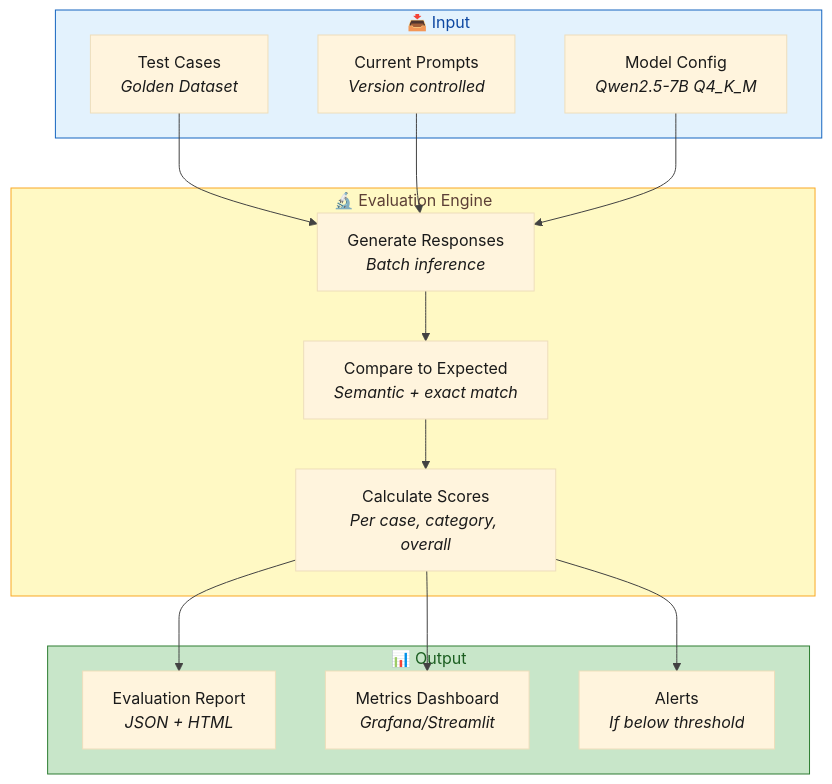
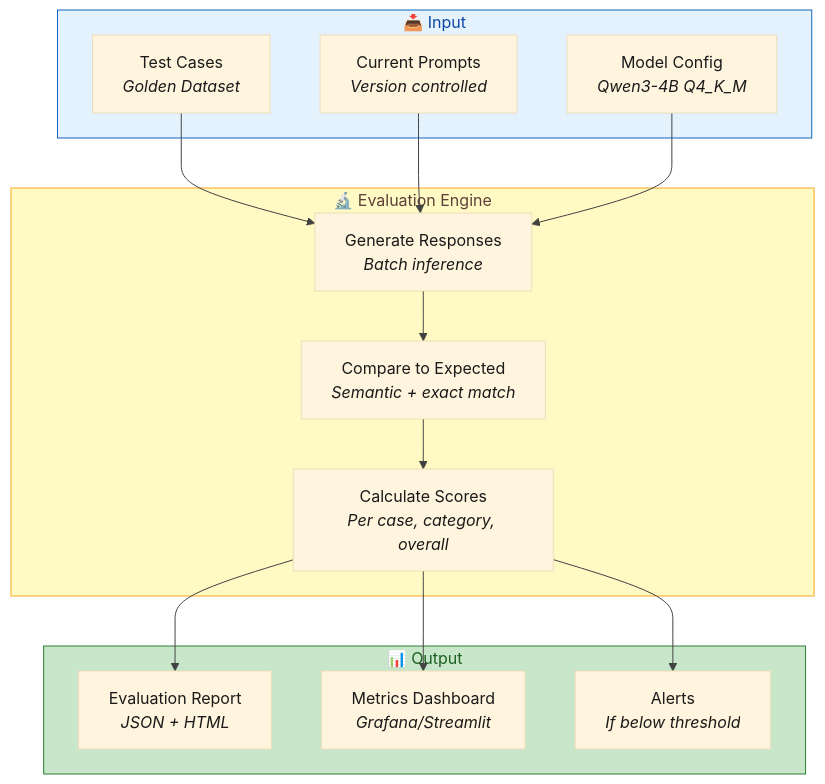
The fifth of 7 diagrams in docs/zekalab/04-TESTING-STRATEGY.md (Px8Studio/yonja), drawn with Mermaid before and after one commit. The commit also changed other lines of this file and 9 other files, not shown here.

````diff
--- a/docs/zekalab/04-TESTING-STRATEGY.md
+++ b/docs/zekalab/04-TESTING-STRATEGY.md
@@ -595,34 +595,34 @@
 ```mermaid
 %%{init: {'theme': 'base', 'themeVariables': { 'primaryTextColor': '#1a1a1a', 'lineColor': '#424242'}}}%%
 flowchart TB
     subgraph input["📥 Input"]
         cases["Test Cases<br/><i>Golden Dataset</i>"]
         prompts["Current Prompts<br/><i>Version controlled</i>"]
-        model["Model Config<br/><i>Qwen2.5-7B Q4_K_M</i>"]
+        model["Model Config<br/><i>Qwen3-4B Q4_K_M</i>"]
     end
     
     subgraph eval["🔬 Evaluation Engine"]
         generate["Generate Responses<br/><i>Batch inference</i>"]
         compare["Compare to Expected<br/><i>Semantic + exact match</i>"]
         score["Calculate Scores<br/><i>Per case, category, overall</i>"]
     end
     
     subgraph output["📊 Output"]
         report["Evaluation Report<br/><i>JSON + HTML</i>"]
         metrics["Metrics Dashboard<br/><i>Grafana/Streamlit</i>"]
         alerts["Alerts<br/><i>If below threshold</i>"]
     end
     
     cases --> generate
     prompts --> generate
     model --> generate
     generate --> compare
     compare --> score
     score --> report
     score --> metrics
     score --> alerts
     
     style input fill:#e3f2fd,stroke:#1565c0,color:#0d47a1
     style eval fill:#fff9c4,stroke:#f9a825,color:#5d4037
     style output fill:#c8e6c9,stroke:#2e7d32,color:#1b5e20
 ```
````
